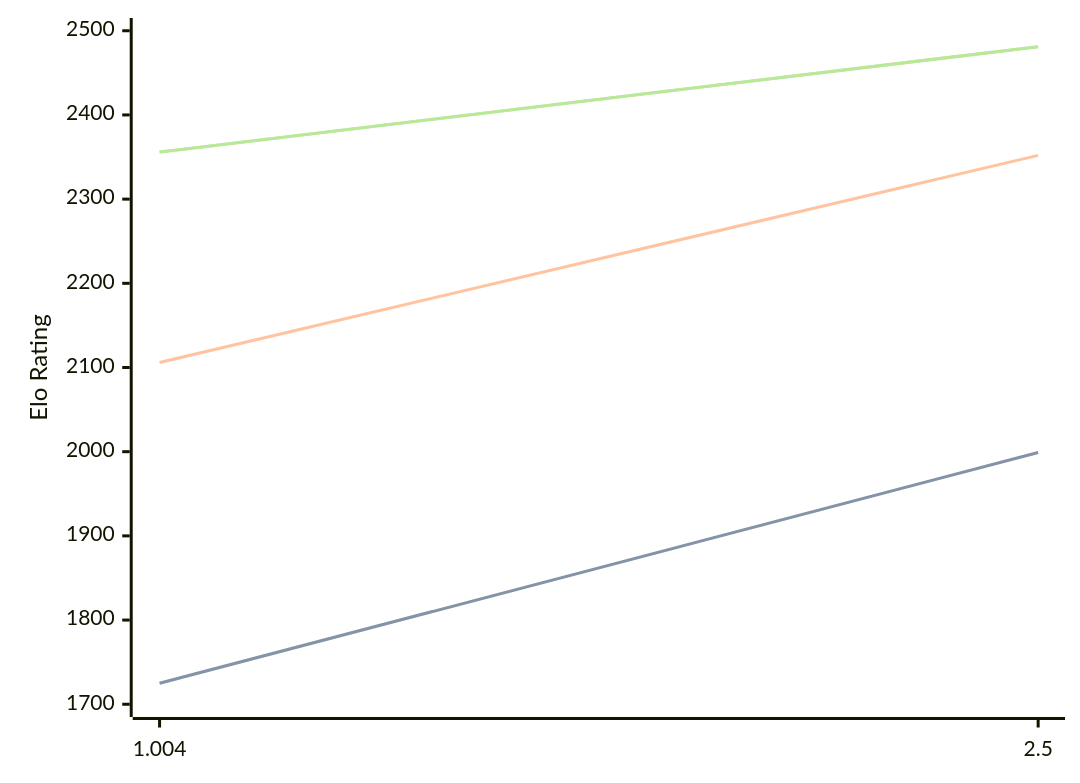
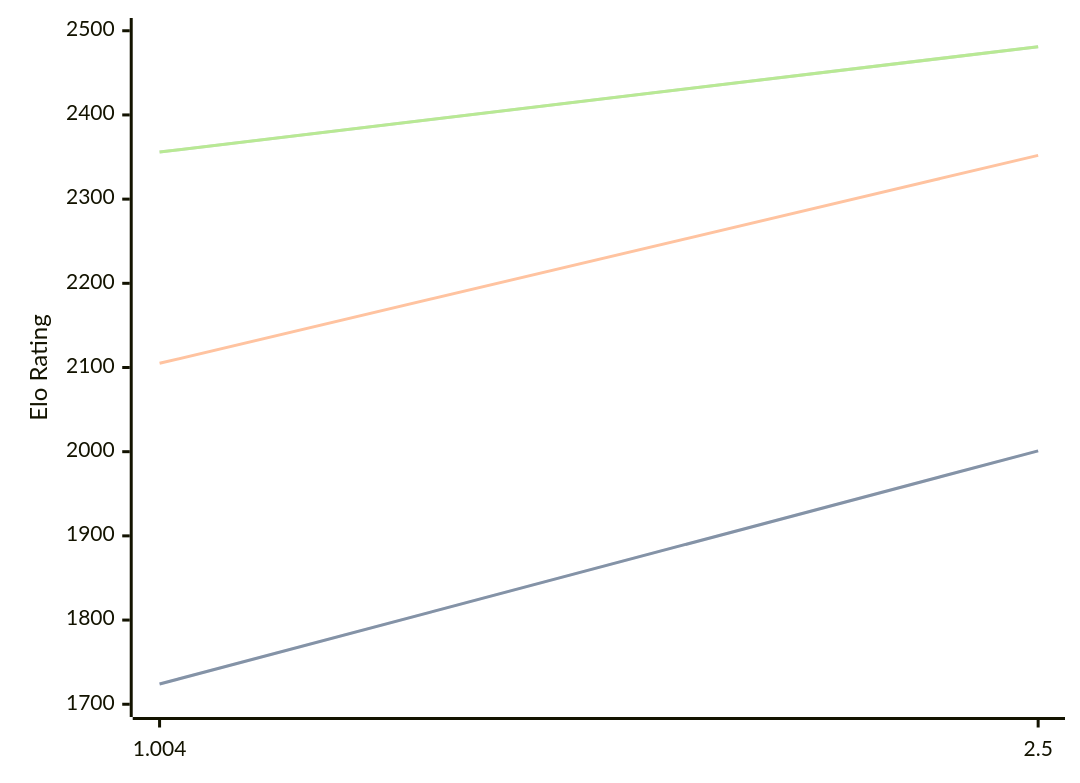
Before and after one commit to computer-chess-index/cci: the diagram in engines/Ares.md, drawn with Mermaid. The commit also changed other lines of this file, not shown here.

Commit message:
Update CCI Ratings (ELO VLTC) - 2026-04-17

````diff
--- a/engines/Ares.md
+++ b/engines/Ares.md
@@ -32,11 +32,11 @@
 ```mermaid
 %%{init: {"theme":"base","themeVariables":{"seriesColors:['#a3a3a3','#222221','#faa371']}}}%%
 xychart-beta
   x-axis ["1.004", "2.5"]
   y-axis "Elo Rating" 1700 --> 2500
-  line "STC (8.0+0.08s)" [1725, 1999]
-  line "STC (8.0+0.08s)" [1725, 1999]
-  line "LTC (60.0+0.60s)" [2106, 2352]
+  line "STC (8.0+0.08s)" [1724, 2001]
+  line "STC (8.0+0.08s)" [1724, 2001]
+  line "LTC (60.0+0.60s)" [2105, 2352]
   line "VLTC (2m24s+1.12s)" [2356, 2481]
   line "VLTC (2m24s+1.12s)" [2356, 2481]
 ```
````
